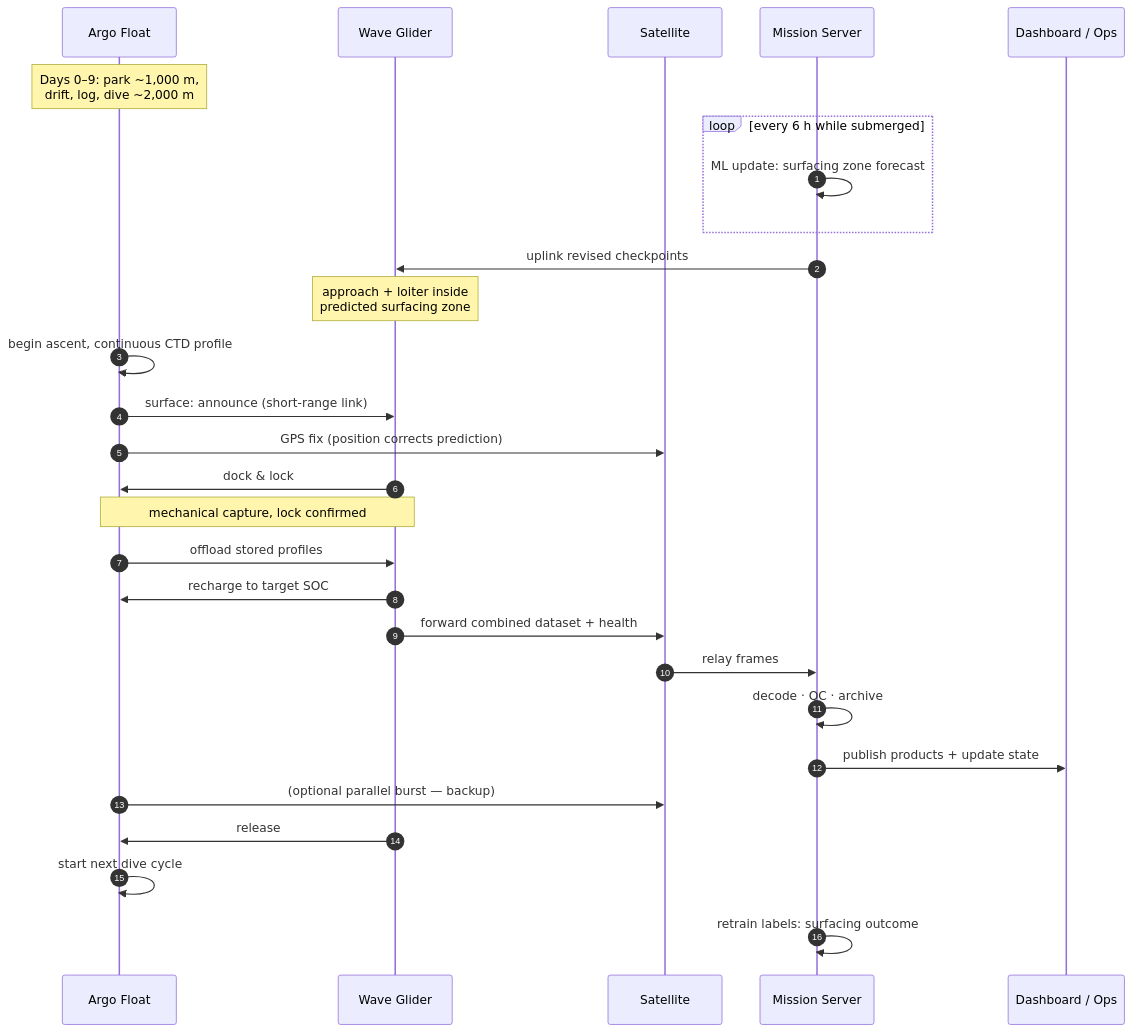
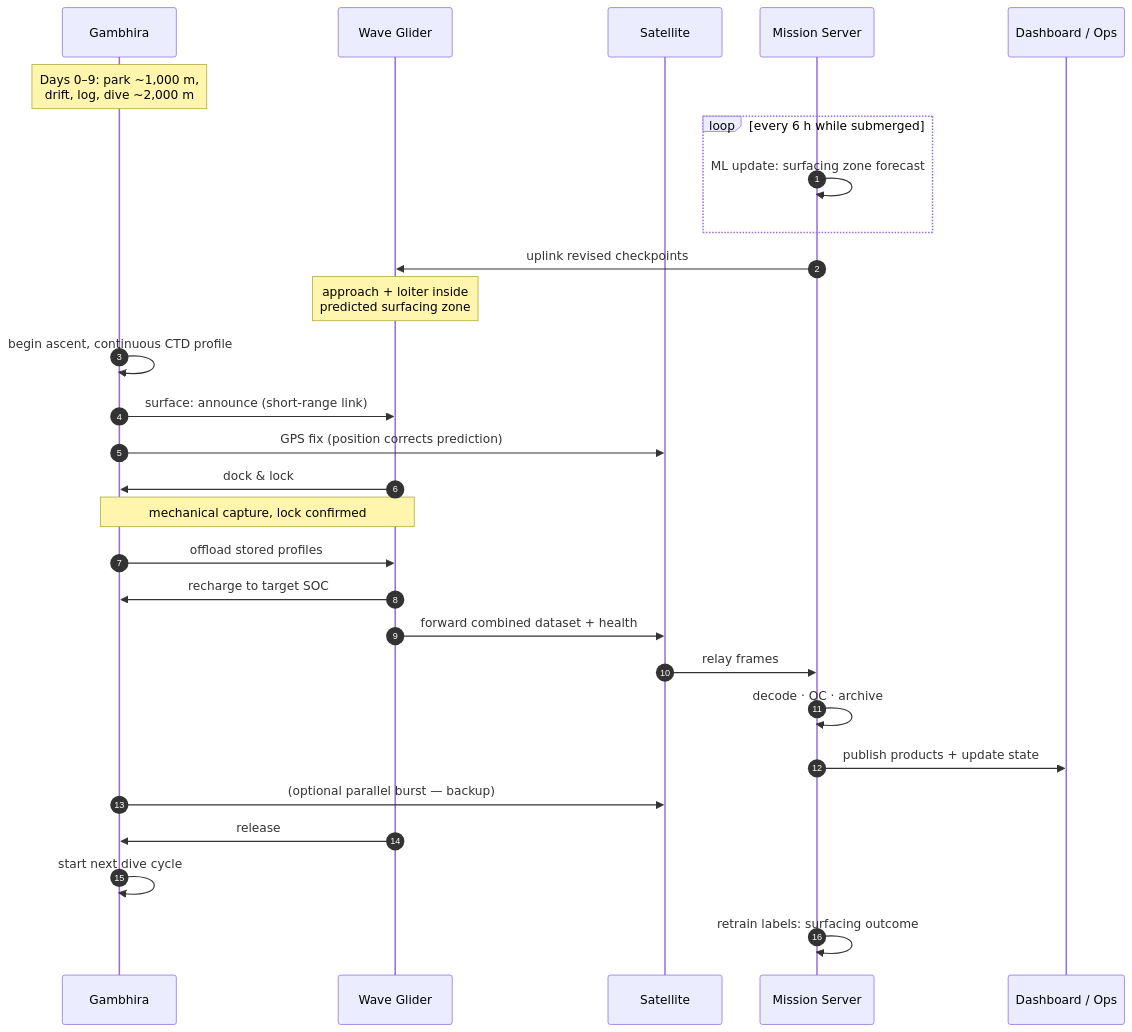
Before and after one commit to DAnuraag/Dhakshin: the eighth of 34 diagrams in README.md, drawn with Mermaid. The commit also changed other lines of this file, not shown here.

````diff
--- a/README.md
+++ b/README.md
@@ -1595,31 +1595,31 @@
 ```mermaid
 sequenceDiagram
     autonumber
-    participant F as Argo Float
+    participant F as Gambhira
     participant G as Wave Glider
     participant S as Satellite
     participant M as Mission Server
     participant D as Dashboard / Ops
 
     Note over F: Days 0–9: park ~1,000 m,<br/>drift, log, dive ~2,000 m
     loop every 6 h while submerged
         M->>M: ML update: surfacing zone forecast
     end
     M->>G: uplink revised checkpoints
     Note over G: approach + loiter inside<br/>predicted surfacing zone
     F->>F: begin ascent, continuous CTD profile
     F->>G: surface: announce (short-range link)
     F->>S: GPS fix (position corrects prediction)
     G->>F: dock & lock
     Note over F,G: mechanical capture, lock confirmed
     F->>G: offload stored profiles
     G->>F: recharge to target SOC
     G->>S: forward combined dataset + health
     S->>M: relay frames
     M->>M: decode · QC · archive
     M->>D: publish products + update state
     F->>S: (optional parallel burst — backup)
     G->>F: release
     F->>F: start next dive cycle
     M->>M: retrain labels: surfacing outcome
 ```
````
